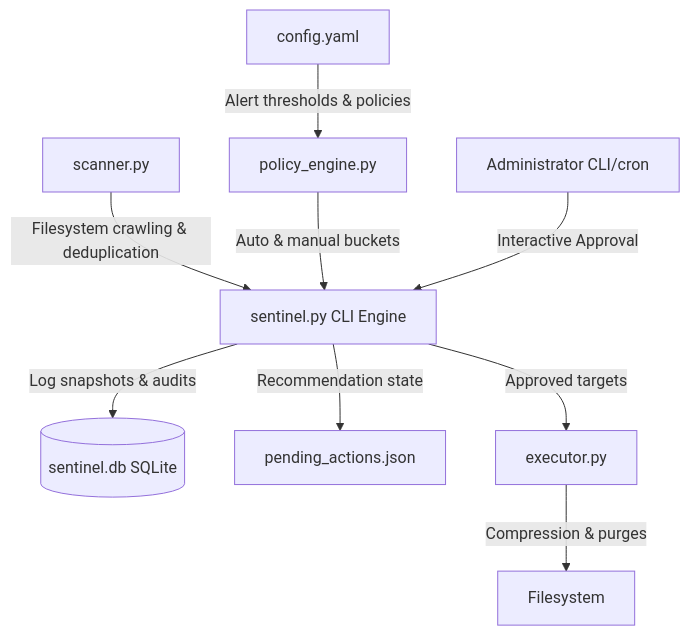
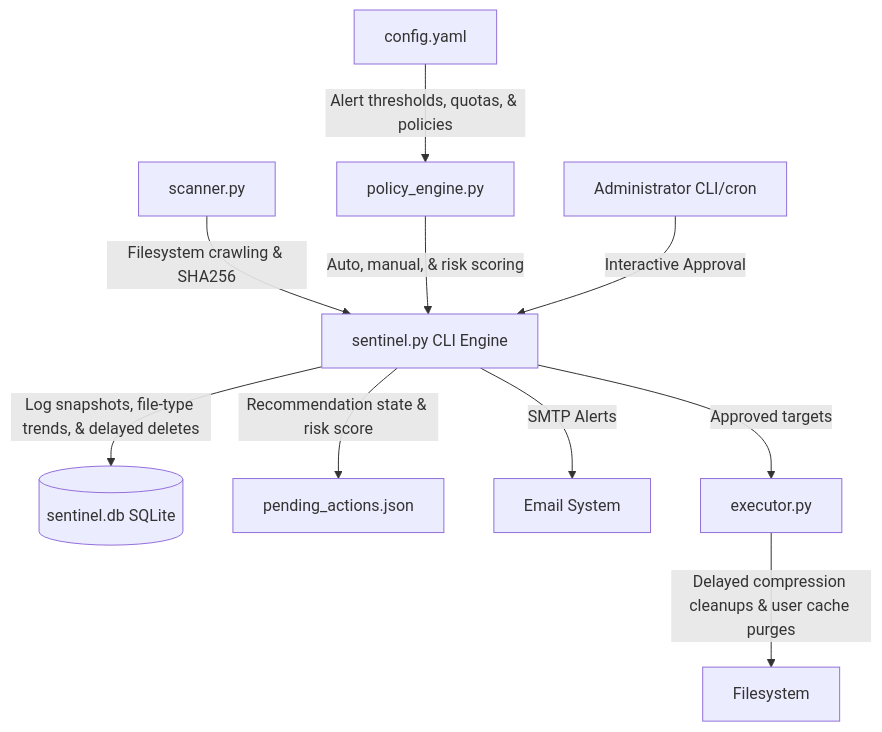
One commit to SaniyaHassan/StorageSentinel changed the diagram in README.md. Above: the diagram before and after it, drawn with Mermaid. The commit also changed other lines of this file and 20 other files, not shown here.

````diff
--- a/README.md
+++ b/README.md
@@ -7,11 +7,12 @@
 ```mermaid
 graph TD
-    Scanner[scanner.py] -->|Filesystem crawling & deduplication| Sentinel[sentinel.py CLI Engine]
-    Config[config.yaml] -->|Alert thresholds & policies| Policy[policy_engine.py]
-    Policy -->|Auto & manual buckets| Sentinel
-    Sentinel -->|Log snapshots & audits| DB[(sentinel.db SQLite)]
-    Sentinel -->|Recommendation state| JSON[pending_actions.json]
+    Scanner[scanner.py] -->|Filesystem crawling & SHA256| Sentinel[sentinel.py CLI Engine]
+    Config[config.yaml] -->|Alert thresholds, quotas, & policies| Policy[policy_engine.py]
+    Policy -->|Auto, manual, & risk scoring| Sentinel
+    Sentinel -->|Log snapshots, file-type trends, & delayed deletes| DB[(sentinel.db SQLite)]
+    Sentinel -->|Recommendation state & risk score| JSON[pending_actions.json]
+    Sentinel -->|SMTP Alerts| SMTP[Email System]
     Admin[Administrator CLI/cron] -->|Interactive Approval| Sentinel
     Sentinel -->|Approved targets| Executor[executor.py]
-    Executor -->|Compression & purges| Filesystemystem[Filesystem]
+    Executor -->|Delayed compression cleanups & user cache purges| Filesystem[Filesystem]
 ```
````
